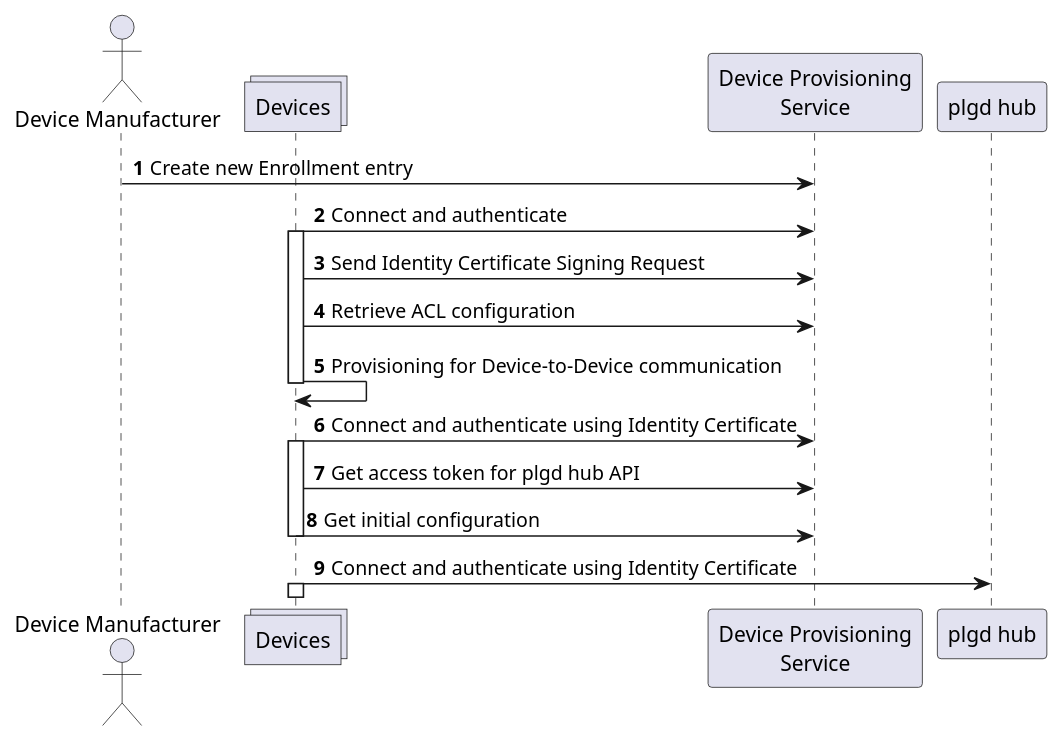
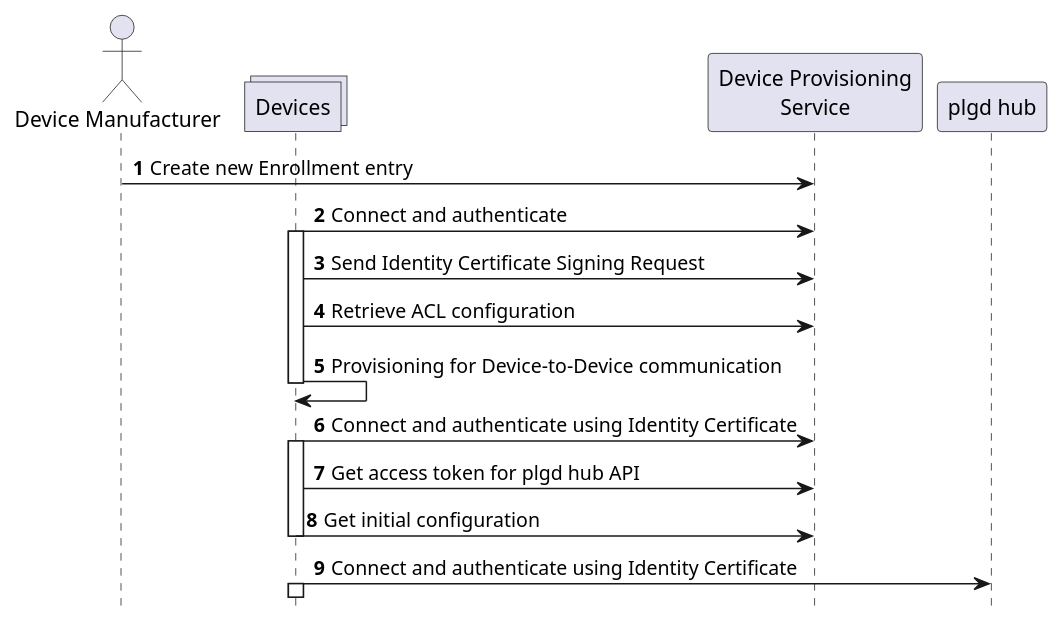
Before and after one commit to plgd-dev/doc: the diagram in content/en/device-provisioning-service/overview.md, drawn with PlantUML. The commit also changed other lines of this file, not shown here.

Commit message:
identifier typo

```diff
--- a/content/en/device-provisioning-service/overview.md
+++ b/content/en/device-provisioning-service/overview.md
@@ -21,28 +21,30 @@
 {{< plantuml id="resource-publish" >}}
 @startuml
 autonumber
+skinparam backgroundColor transparent
+hide footbox
 
 actor "Device Manufacturer" as dmf
 collections Devices as d
 participant "Device Provisioning\nService" as dps
 participant "plgd hub" as hub
 
 dmf -> dps: Create new Enrollment entry
 
 d -> dps: Connect and authenticate
 activate d
 d -> dps: Send Identity Certificate Signing Request
 d -> dps: Retrieve ACL configuration
 d -> d: Provisioning for Device-to-Device communication
 deactivate d
 d -> dps: Connect and authenticate using Identity Certificate
 activate d
 d -> dps: Get access token for plgd hub API
 d -> dps: Get initial configuration
 deactivate d
 d -> hub: Connect and authenticate using Identity Certificate
 activate d
 
 @enduml
 
 {{< /plantuml >}}
```
